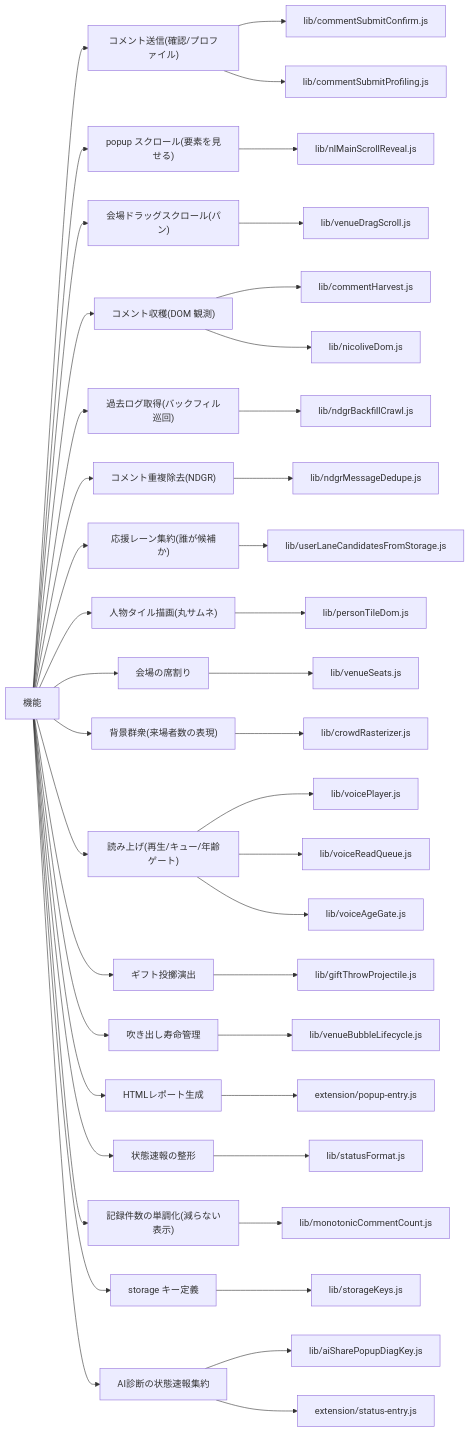
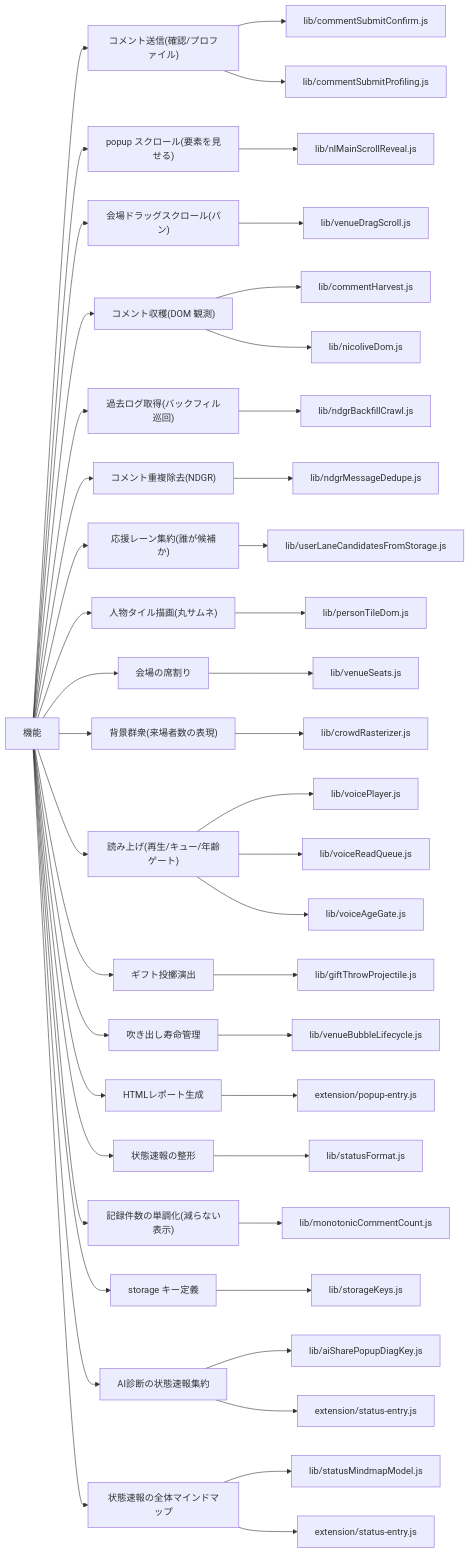
Before and after one commit to kimito-link/tsuioku-no-kirameki.com: the second of 2 diagrams in docs/repo-tree-map.md, drawn with Mermaid. The commit also changed other lines of this file and 11 other files, not shown here.

````diff
--- a/docs/repo-tree-map.md
+++ b/docs/repo-tree-map.md
@@ -61,45 +61,48 @@
 ```mermaid
 graph LR
   HUB["機能"]
   HUB --> f0["コメント送信(確認/プロファイル)"]
   f0 --> f0_0["lib/commentSubmitConfirm.js"]
   f0 --> f0_1["lib/commentSubmitProfiling.js"]
   HUB --> f1["popup スクロール(要素を見せる)"]
   f1 --> f1_0["lib/nlMainScrollReveal.js"]
   HUB --> f2["会場ドラッグスクロール(パン)"]
   f2 --> f2_0["lib/venueDragScroll.js"]
   HUB --> f3["コメント収穫(DOM 観測)"]
   f3 --> f3_0["lib/commentHarvest.js"]
   f3 --> f3_1["lib/nicoliveDom.js"]
   HUB --> f4["過去ログ取得(バックフィル巡回)"]
   f4 --> f4_0["lib/ndgrBackfillCrawl.js"]
   HUB --> f5["コメント重複除去(NDGR)"]
   f5 --> f5_0["lib/ndgrMessageDedupe.js"]
   HUB --> f6["応援レーン集約(誰が候補か)"]
   f6 --> f6_0["lib/userLaneCandidatesFromStorage.js"]
   HUB --> f7["人物タイル描画(丸サムネ)"]
   f7 --> f7_0["lib/personTileDom.js"]
   HUB --> f8["会場の席割り"]
   f8 --> f8_0["lib/venueSeats.js"]
   HUB --> f9["背景群衆(来場者数の表現)"]
   f9 --> f9_0["lib/crowdRasterizer.js"]
   HUB --> f10["読み上げ(再生/キュー/年齢ゲート)"]
   f10 --> f10_0["lib/voicePlayer.js"]
   f10 --> f10_1["lib/voiceReadQueue.js"]
   f10 --> f10_2["lib/voiceAgeGate.js"]
   HUB --> f11["ギフト投擲演出"]
   f11 --> f11_0["lib/giftThrowProjectile.js"]
   HUB --> f12["吹き出し寿命管理"]
   f12 --> f12_0["lib/venueBubbleLifecycle.js"]
   HUB --> f13["HTMLレポート生成"]
   f13 --> f13_0["extension/popup-entry.js"]
   HUB --> f14["状態速報の整形"]
   f14 --> f14_0["lib/statusFormat.js"]
   HUB --> f15["記録件数の単調化(減らない表示)"]
   f15 --> f15_0["lib/monotonicCommentCount.js"]
   HUB --> f16["storage キー定義"]
   f16 --> f16_0["lib/storageKeys.js"]
   HUB --> f17["AI診断の状態速報集約"]
   f17 --> f17_0["lib/aiSharePopupDiagKey.js"]
   f17 --> f17_1["extension/status-entry.js"]
+  HUB --> f18["状態速報の全体マインドマップ"]
+  f18 --> f18_0["lib/statusMindmapModel.js"]
+  f18 --> f18_1["extension/status-entry.js"]
 ```
````
